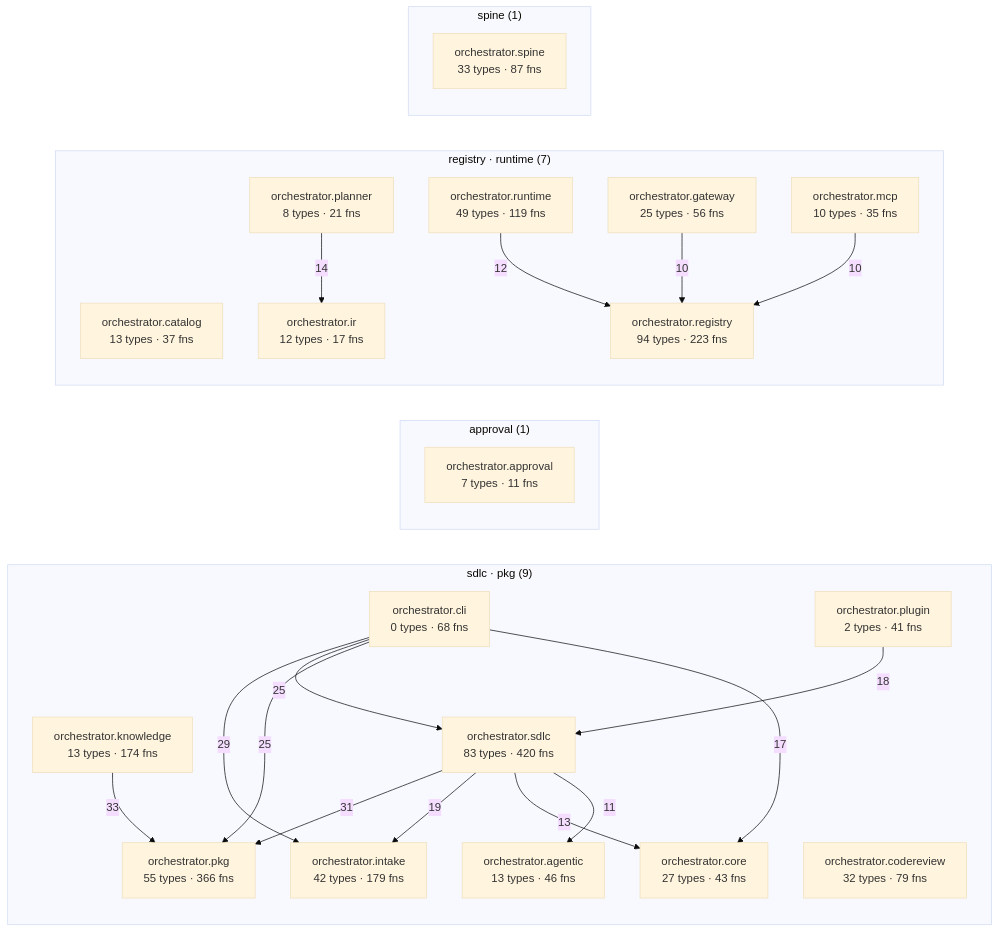
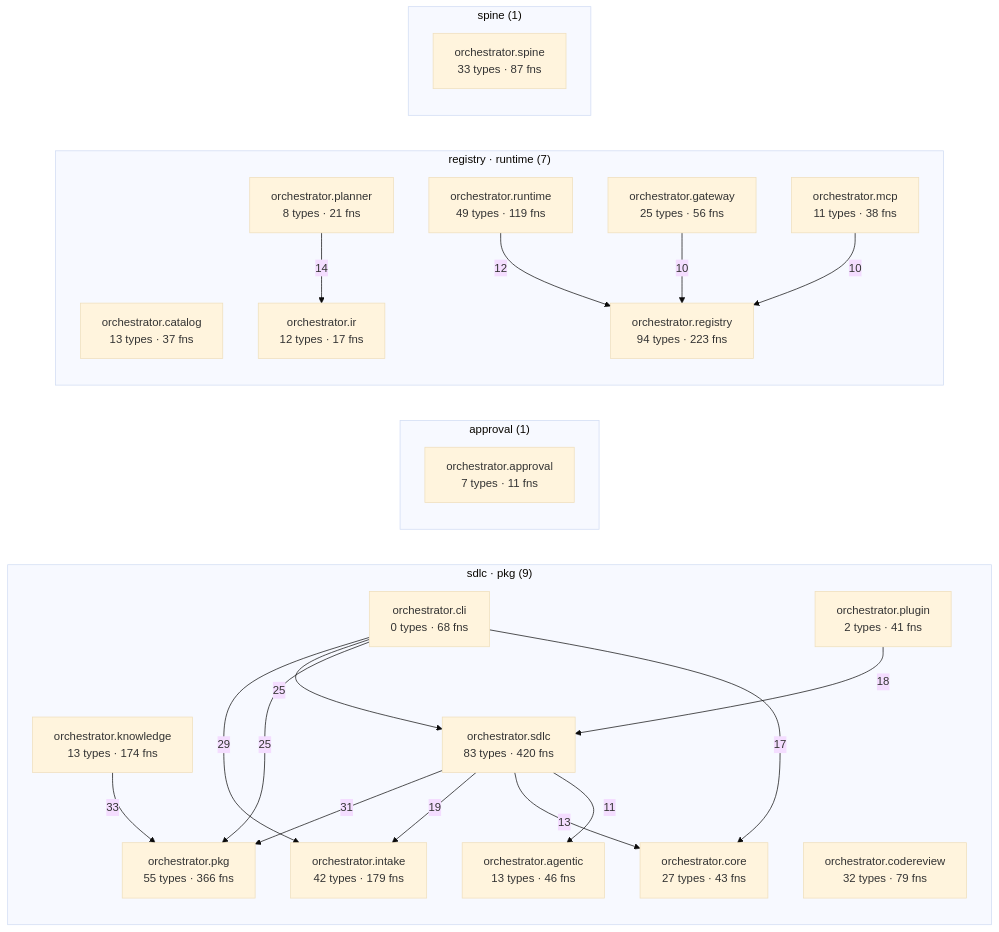
The diagram in episteme/architecture.md (synaptixs/spine), drawn with Mermaid (base theme) before and after one commit. The commit also changed other lines of this file and 23 other files, not shown here.

````diff
--- a/episteme/architecture.md
+++ b/episteme/architecture.md
@@ -54,43 +54,43 @@
 ```mermaid
 flowchart LR
   subgraph c_1["sdlc · pkg (9)"]
     aorchestratoragentic["orchestrator.agentic<br/>13 types · 46 fns"]
     aorchestratorcli["orchestrator.cli<br/>0 types · 68 fns"]
     aorchestratorcodereview["orchestrator.codereview<br/>32 types · 79 fns"]
     aorchestratorcore["orchestrator.core<br/>27 types · 43 fns"]
     aorchestratorintake["orchestrator.intake<br/>42 types · 179 fns"]
     aorchestratorknowledge["orchestrator.knowledge<br/>13 types · 174 fns"]
     aorchestratorpkg["orchestrator.pkg<br/>55 types · 366 fns"]
     aorchestratorplugin["orchestrator.plugin<br/>2 types · 41 fns"]
     aorchestratorsdlc["orchestrator.sdlc<br/>83 types · 420 fns"]
   end
   subgraph c_2["approval (1)"]
     aorchestratorapproval["orchestrator.approval<br/>7 types · 11 fns"]
   end
   subgraph c_3["registry · runtime (7)"]
     aorchestratorcatalog["orchestrator.catalog<br/>13 types · 37 fns"]
     aorchestratorgateway["orchestrator.gateway<br/>25 types · 56 fns"]
     aorchestratorir["orchestrator.ir<br/>12 types · 17 fns"]
-    aorchestratormcp["orchestrator.mcp<br/>10 types · 35 fns"]
+    aorchestratormcp["orchestrator.mcp<br/>11 types · 38 fns"]
     aorchestratorplanner["orchestrator.planner<br/>8 types · 21 fns"]
     aorchestratorregistry["orchestrator.registry<br/>94 types · 223 fns"]
     aorchestratorruntime["orchestrator.runtime<br/>49 types · 119 fns"]
   end
   subgraph c_10["spine (1)"]
     aorchestratorspine["orchestrator.spine<br/>33 types · 87 fns"]
   end
   aorchestratorknowledge -->|33| aorchestratorpkg
   aorchestratorsdlc -->|31| aorchestratorpkg
   aorchestratorcli -->|29| aorchestratorintake
   aorchestratorcli -->|25| aorchestratorsdlc
   aorchestratorcli -->|25| aorchestratorpkg
   aorchestratorsdlc -->|19| aorchestratorintake
   aorchestratorplugin -->|18| aorchestratorsdlc
   aorchestratorcli -->|17| aorchestratorcore
   aorchestratorplanner -->|14| aorchestratorir
   aorchestratorsdlc -->|13| aorchestratorcore
   aorchestratorruntime -->|12| aorchestratorregistry
   aorchestratorsdlc -->|11| aorchestratoragentic
   aorchestratorgateway -->|10| aorchestratorregistry
   aorchestratormcp -->|10| aorchestratorregistry
 ```
````
